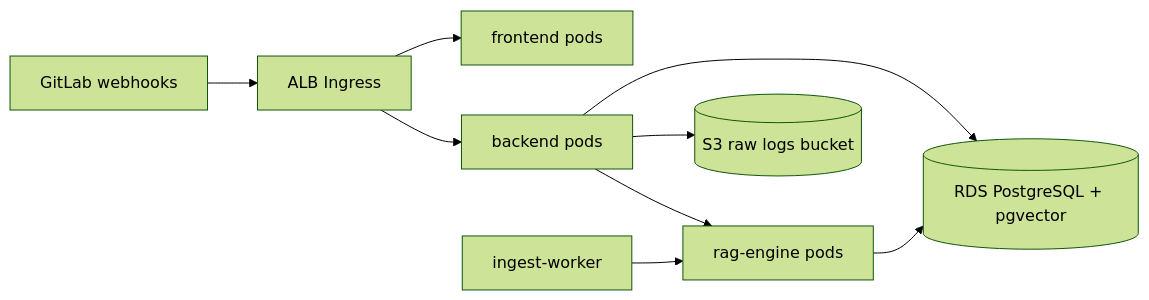
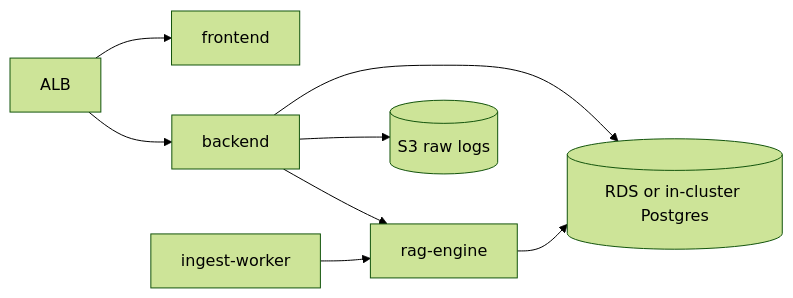
Before and after one commit to Ali-Chokr/devsecops-rag-analyzer: the diagram in deploy/aws/README.md, drawn with Mermaid (forest theme). The commit also changed other lines of this file and 8 other files, not shown here.

````diff
--- a/deploy/aws/README.md
+++ b/deploy/aws/README.md
@@ -13,11 +13,10 @@
 ```mermaid
 flowchart LR
-  ALB[ALB Ingress] --> FE[frontend pods]
-  ALB --> BE[backend pods]
-  BE --> RAG[rag-engine pods]
-  BE --> PG[(RDS PostgreSQL + pgvector)]
+  ALB[ALB] --> FE[frontend]
+  ALB --> BE[backend]
+  BE --> RAG[rag-engine]
+  BE --> PG[(RDS or in-cluster Postgres)]
   RAG --> PG
   Worker[ingest-worker] --> RAG
-  BE --> S3[(S3 raw logs bucket)]
-  GitLab[GitLab webhooks] --> ALB
+  BE --> S3[(S3 raw logs)]
 ```
````
